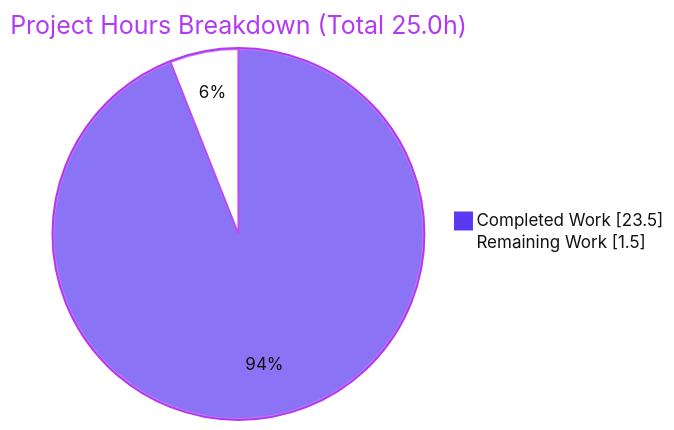
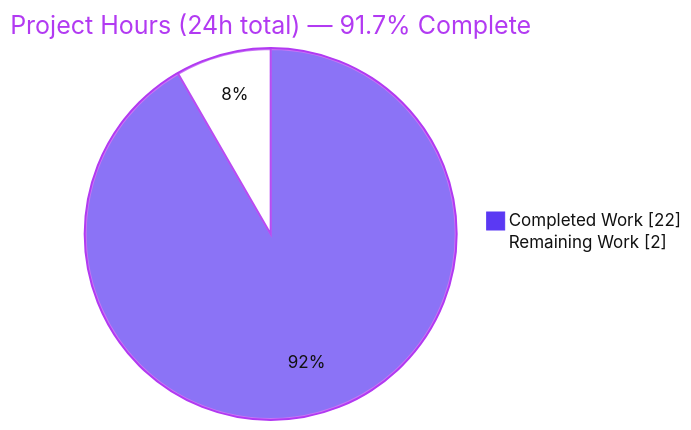
Before and after one commit to lakshya-blitzy/march_repo_hello_world: the second of 3 diagrams in blitzy/documentation/Project Guide.md, drawn with Mermaid. The commit also changed other lines of this file, not shown here.

Commit message:
Adding Blitzy Project Guide: Project Status and Human Tasks Remaining

````diff
--- a/blitzy/documentation/Project Guide.md
+++ b/blitzy/documentation/Project Guide.md
@@ -194,6 +199,6 @@
 ```mermaid
 %%{init: {'theme':'base','themeVariables':{'pie1':'#5B39F3','pie2':'#FFFFFF','pieStrokeColor':'#B23AF2','pieStrokeWidth':'2px','pieOuterStrokeColor':'#B23AF2','pieOuterStrokeWidth':'2px','pieTitleTextColor':'#B23AF2','pieSectionTextColor':'#111111','pieLegendTextColor':'#111111'}}}%%
-pie showData title Project Hours Breakdown (Total 25.0h)
-    "Completed Work" : 23.5
-    "Remaining Work" : 1.5
+pie showData title Project Hours (24h total) — 91.7% Complete
+    "Completed Work" : 22
+    "Remaining Work" : 2
 ```
````
